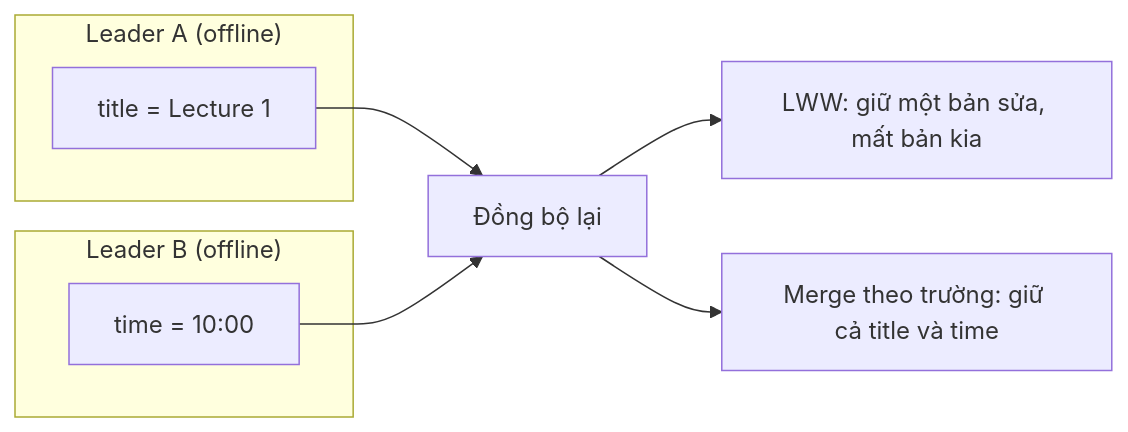
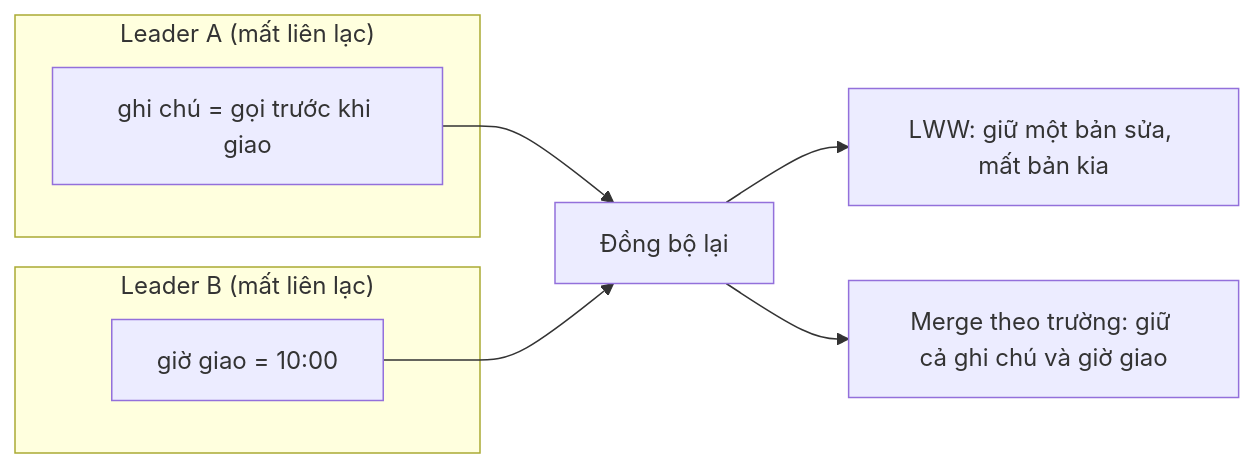
The fourth of 7 diagrams in docs/12-he-thong-du-lieu/05-replication.md (pirumu/irust), drawn with Mermaid before and after one commit. The commit also changed other lines of this file and 27 other files, not shown here.

````diff
--- a/docs/12-he-thong-du-lieu/05-replication.md
+++ b/docs/12-he-thong-du-lieu/05-replication.md
@@ -222,13 +300,13 @@
 ```mermaid
 flowchart LR
-  subgraph Leader_A["Leader A (offline)"]
-    A1["title = Lecture 1"]
+  subgraph Leader_A["Leader A (mất liên lạc)"]
+    A1["ghi chú = gọi trước khi giao"]
   end
-  subgraph Leader_B["Leader B (offline)"]
-    B1["time = 10:00"]
+  subgraph Leader_B["Leader B (mất liên lạc)"]
+    B1["giờ giao = 10:00"]
   end
   A1 --> M["Đồng bộ lại"]
   B1 --> M
   M --> R1["LWW: giữ một bản sửa, mất bản kia"]
-  M --> R2["Merge theo trường: giữ cả title và time"]
+  M --> R2["Merge theo trường: giữ cả ghi chú và giờ giao"]
 ```
````
